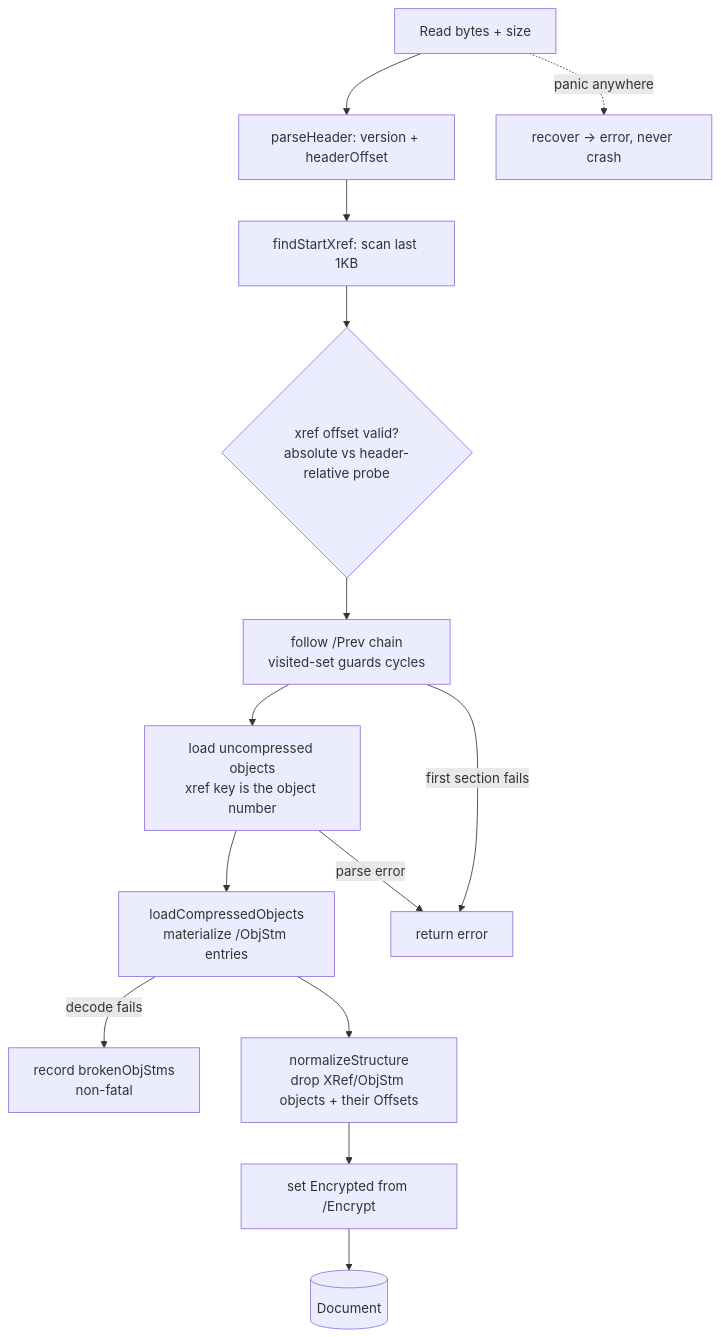
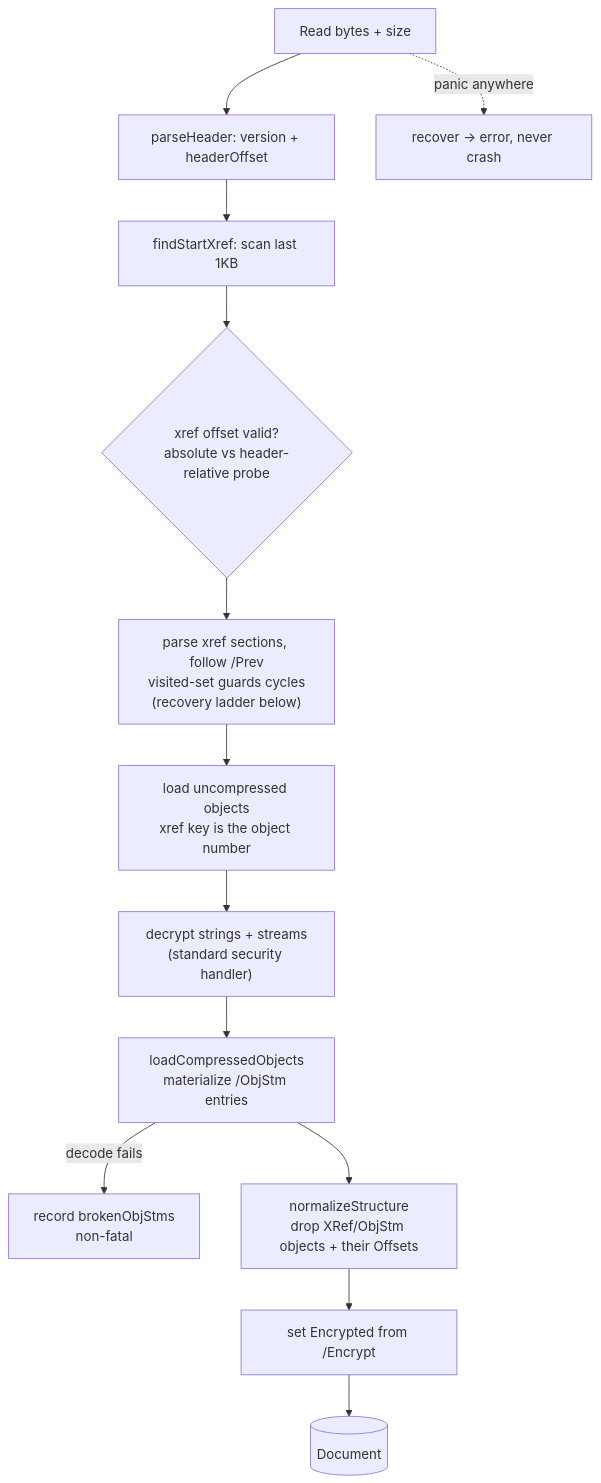
Before and after one commit to mgilbir/pdf0: the first of 4 diagrams in docs/architecture.md, drawn with Mermaid. The commit also changed other lines of this file and 7 other files, not shown here.

````diff
--- a/docs/architecture.md
+++ b/docs/architecture.md
@@ -27,16 +27,15 @@
 ```mermaid
 flowchart TD
     A[Read bytes + size] --> B[parseHeader: version + headerOffset]
     B --> C[findStartXref: scan last 1KB]
     C --> D{xref offset valid?<br/>absolute vs header-relative probe}
-    D --> E[follow /Prev chain<br/>visited-set guards cycles]
+    D --> E["parse xref sections, follow /Prev<br/>visited-set guards cycles<br/>(recovery ladder below)"]
     E --> F[load uncompressed objects<br/>xref key is the object number]
-    F --> G[loadCompressedObjects<br/>materialize /ObjStm entries]
-    G -->|decode fails| G2[record brokenObjStms<br/>non-fatal]
-    G --> H[normalizeStructure<br/>drop XRef/ObjStm objects + their Offsets]
-    H --> I[set Encrypted from /Encrypt]
-    I --> J[(Document)]
-    F -->|parse error| X[return error]
-    E -->|first section fails| X
+    F --> G["decrypt strings + streams<br/>(standard security handler)"]
+    G --> H[loadCompressedObjects<br/>materialize /ObjStm entries]
+    H -->|decode fails| H2[record brokenObjStms<br/>non-fatal]
+    H --> I[normalizeStructure<br/>drop XRef/ObjStm objects + their Offsets]
+    I --> J[set Encrypted from /Encrypt]
+    J --> K[(Document)]
     A -.panic anywhere.-> R[recover -> error, never crash]
 ```
````
